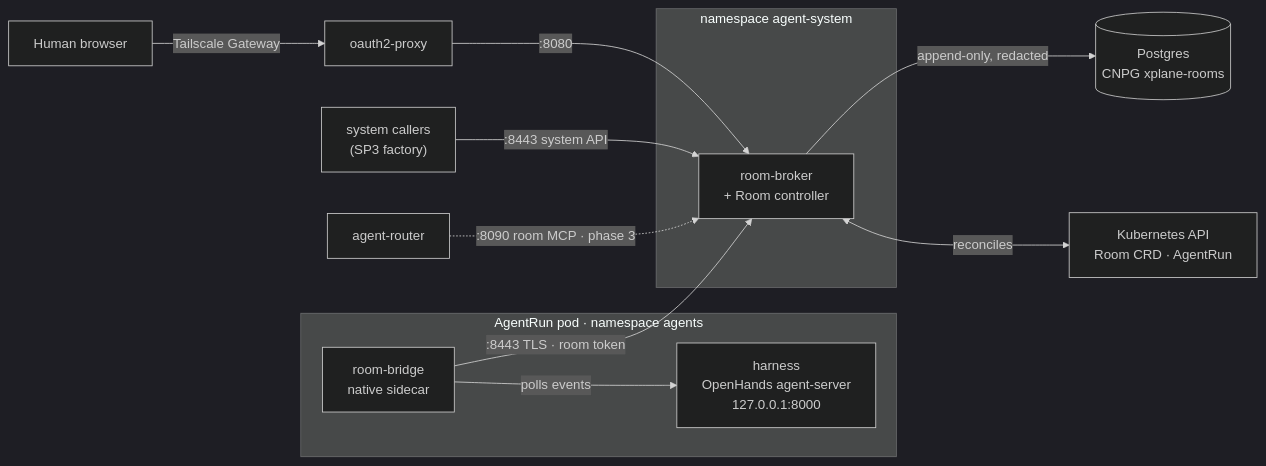
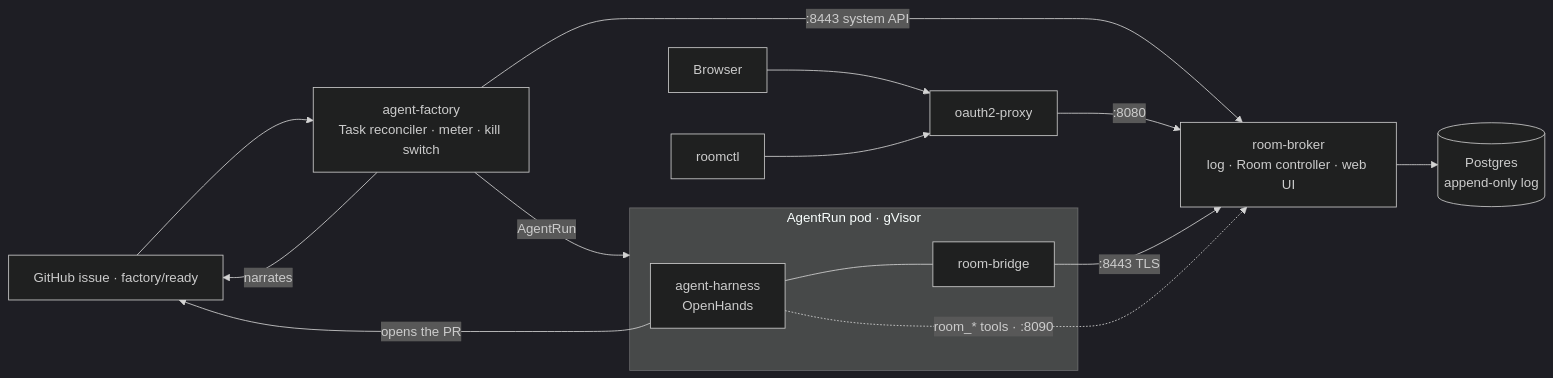
Before and after one commit to Smana/agent-platform: the diagram in README.md, drawn with Mermaid (dark theme). The commit also changed other lines of this file and 21 other files, not shown here.

````diff
--- a/README.md
+++ b/README.md
@@ -19,21 +36,17 @@
 ```mermaid
 flowchart LR
-  human[Human browser] -->|Tailscale Gateway| proxy[oauth2-proxy]
+  gh[GitHub issue · factory/ready] --> factory[agent-factory<br/>Task reconciler · meter · kill switch]
+  factory -->|AgentRun| run
+  subgraph run["AgentRun pod · gVisor"]
+    harness[agent-harness<br/>OpenHands] --- bridge[room-bridge]
+  end
+  bridge -->|":8443 TLS"| broker[room-broker<br/>log · Room controller · web UI]
+  factory -->|":8443 system API"| broker
+  broker --> pg[("Postgres<br/>append-only log")]
+  human[Browser] --> proxy[oauth2-proxy]
+  cli[roomctl] --> proxy
   proxy -->|":8080"| broker
-
-  subgraph run["AgentRun pod · namespace agents"]
-    harness["harness<br/>OpenHands agent-server<br/>127.0.0.1:8000"]
-    bridge["room-bridge<br/>native sidecar"]
-    bridge -->|polls events| harness
-  end
-  bridge -->|":8443 TLS · room token"| broker
-
-  subgraph sys["namespace agent-system"]
-    broker["room-broker<br/>+ Room controller"]
-  end
-  factory["system callers<br/>(SP3 factory)"] -->|":8443 system API"| broker
-  router[agent-router] -.->|":8090 room MCP · phase 3"| broker
-
-  broker -->|append-only, redacted| pg[("Postgres<br/>CNPG xplane-rooms")]
-  broker <-->|reconciles| crd["Kubernetes API<br/>Room CRD · AgentRun"]
+  harness -.->|"room_* tools · :8090"| broker
+  harness -->|opens the PR| gh
+  factory -->|narrates| gh
 ```
````
